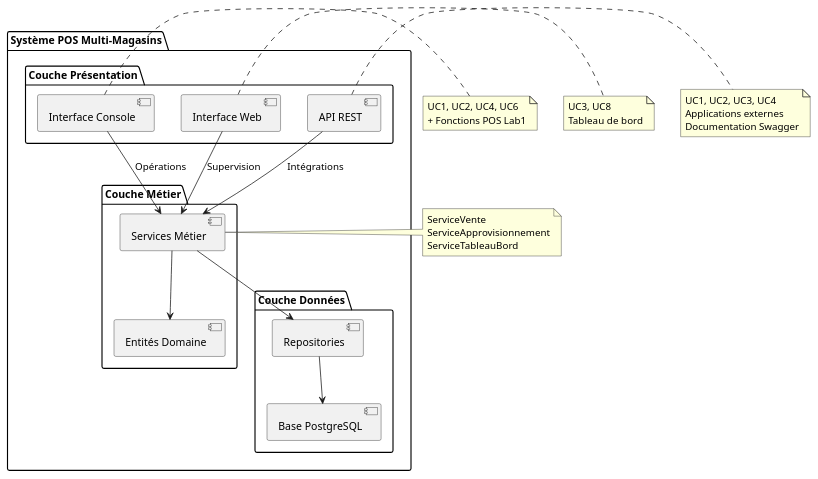
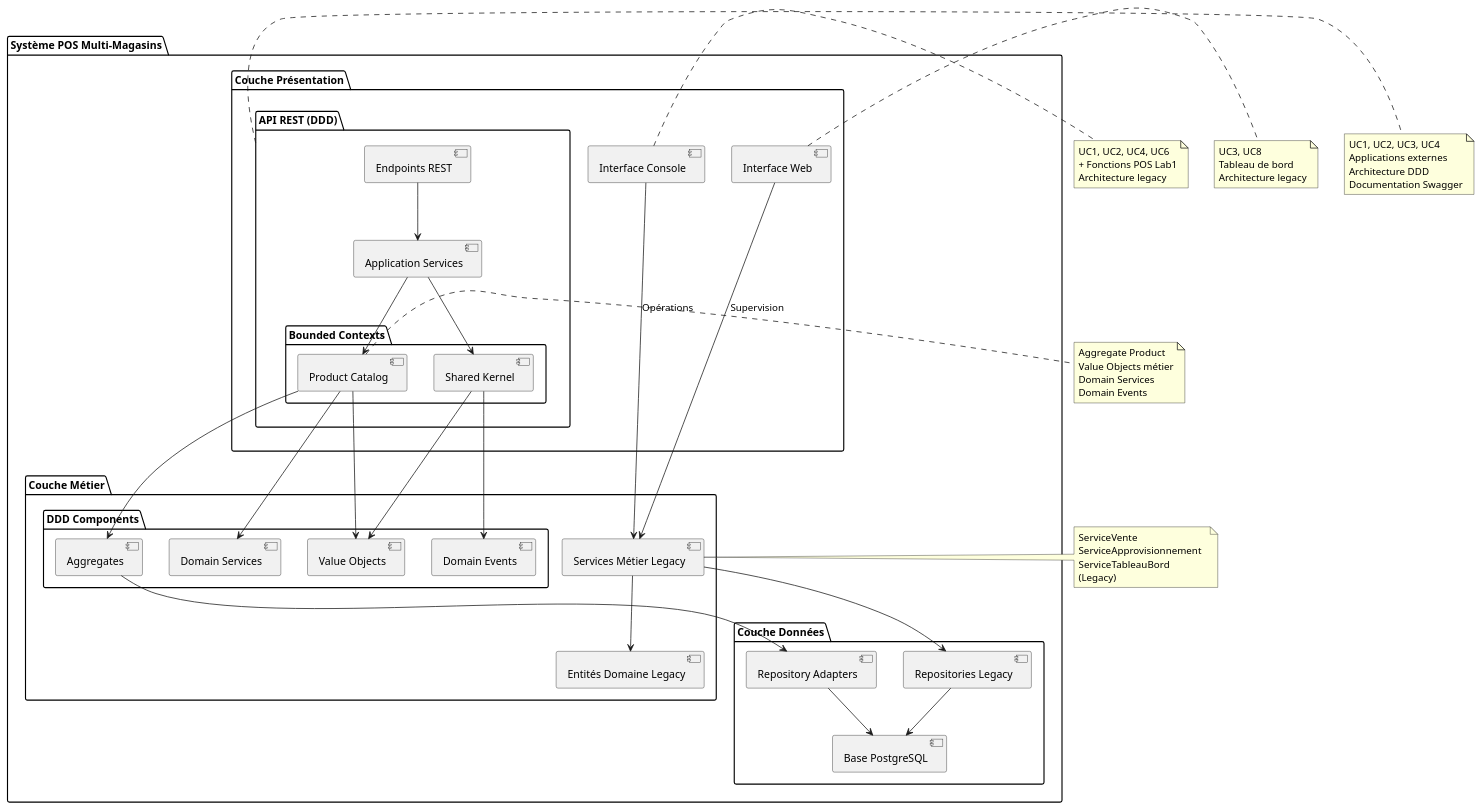
Before and after one commit to MelvinSDRS/log430-lab7-bis: the diagram in docs/uml/composants.puml, drawn with PlantUML. The commit also changed 19 other files, not shown here.

```diff
--- a/docs/uml/composants.puml
+++ b/docs/uml/composants.puml
@@ -1,55 +1,93 @@
 @startuml
 package "Système POS Multi-Magasins" {
 
   ' Interfaces utilisateur
   package "Couche Présentation" {
     [Interface Console] as CONSOLE
     [Interface Web] as WEB
-    [API REST] as API
+    
+    package "API REST (DDD)" as API_PKG {
+      [Endpoints REST] as ENDPOINTS
+      [Application Services] as APP_SERVICES
+      package "Bounded Contexts" {
+        [Product Catalog] as PRODUCT_BC
+        [Shared Kernel] as SHARED_BC
+      }
+    }
   }
   
-  ' Logique métier centralisée
+  ' Logique métier
   package "Couche Métier" {
-    [Services Métier] as SERVICES
-    [Entités Domaine] as ENTITIES
+    [Services Métier Legacy] as SERVICES
+    [Entités Domaine Legacy] as ENTITIES
+    
+    package "DDD Components" {
+      [Value Objects] as VALUE_OBJECTS
+      [Aggregates] as AGGREGATES
+      [Domain Services] as DOMAIN_SERVICES
+      [Domain Events] as DOMAIN_EVENTS
+    }
   }
   
   ' Persistance
   package "Couche Données" {
-    [Repositories] as REPOS
+    [Repositories Legacy] as REPOS
+    [Repository Adapters] as ADAPTERS
     [Base PostgreSQL] as DB
   }
 }
 
-' Relations
+' Relations Legacy (Console + Web)
 CONSOLE --> SERVICES : Opérations
 WEB --> SERVICES : Supervision
-API --> SERVICES : Intégrations
 SERVICES --> ENTITIES
 SERVICES --> REPOS
 REPOS --> DB
+
+' Relations API REST (DDD)
+ENDPOINTS --> APP_SERVICES
+APP_SERVICES --> PRODUCT_BC
+APP_SERVICES --> SHARED_BC
+PRODUCT_BC --> AGGREGATES
+PRODUCT_BC --> VALUE_OBJECTS
+PRODUCT_BC --> DOMAIN_SERVICES
+SHARED_BC --> VALUE_OBJECTS
+SHARED_BC --> DOMAIN_EVENTS
+AGGREGATES --> ADAPTERS
+ADAPTERS --> DB
 
 ' Annotations
 note right of CONSOLE
   UC1, UC2, UC4, UC6
   + Fonctions POS Lab1
+  Architecture legacy
 end note
 
 note right of WEB
   UC3, UC8
   Tableau de bord
+  Architecture legacy
 end note
 
-note right of API
+note right of API_PKG
   UC1, UC2, UC3, UC4
   Applications externes
+  Architecture DDD
   Documentation Swagger
 end note
 
 note right of SERVICES
   ServiceVente
-  ServiceApprovisionnement
+  ServiceApprovisionnement  
   ServiceTableauBord
+  (Legacy)
+end note
+
+note right of PRODUCT_BC
+  Aggregate Product
+  Value Objects métier
+  Domain Services
+  Domain Events
 end note
 
 @enduml
```
